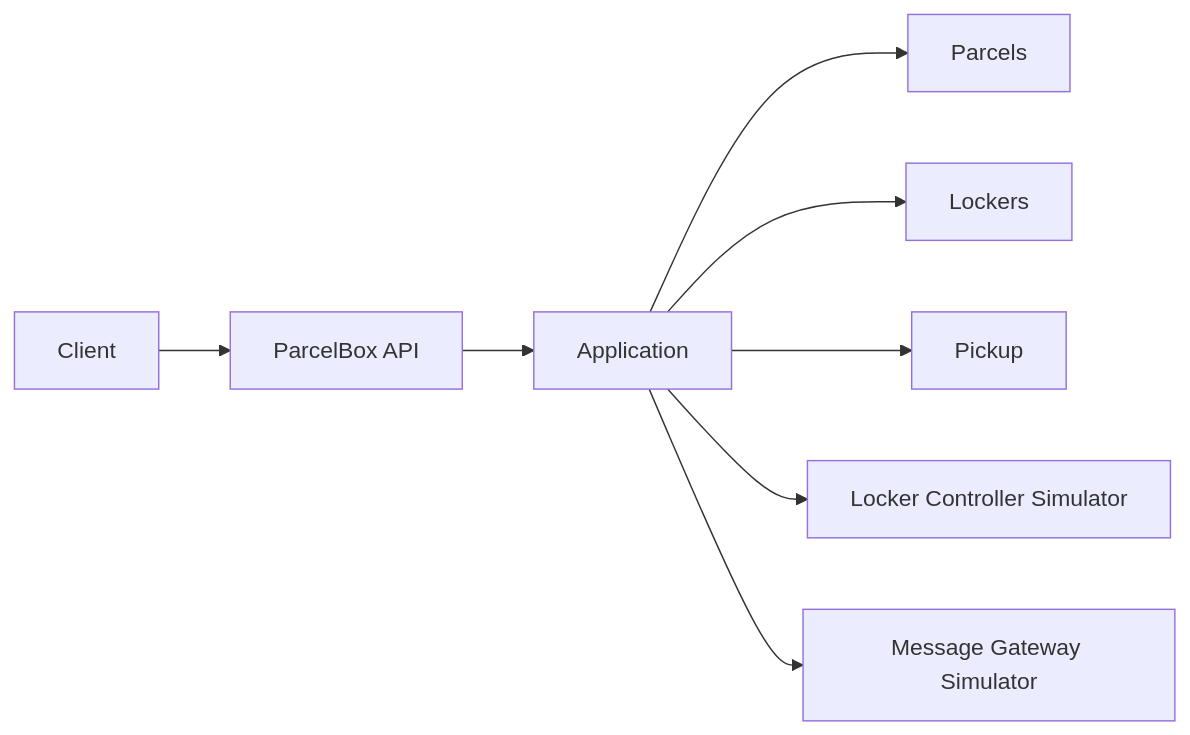
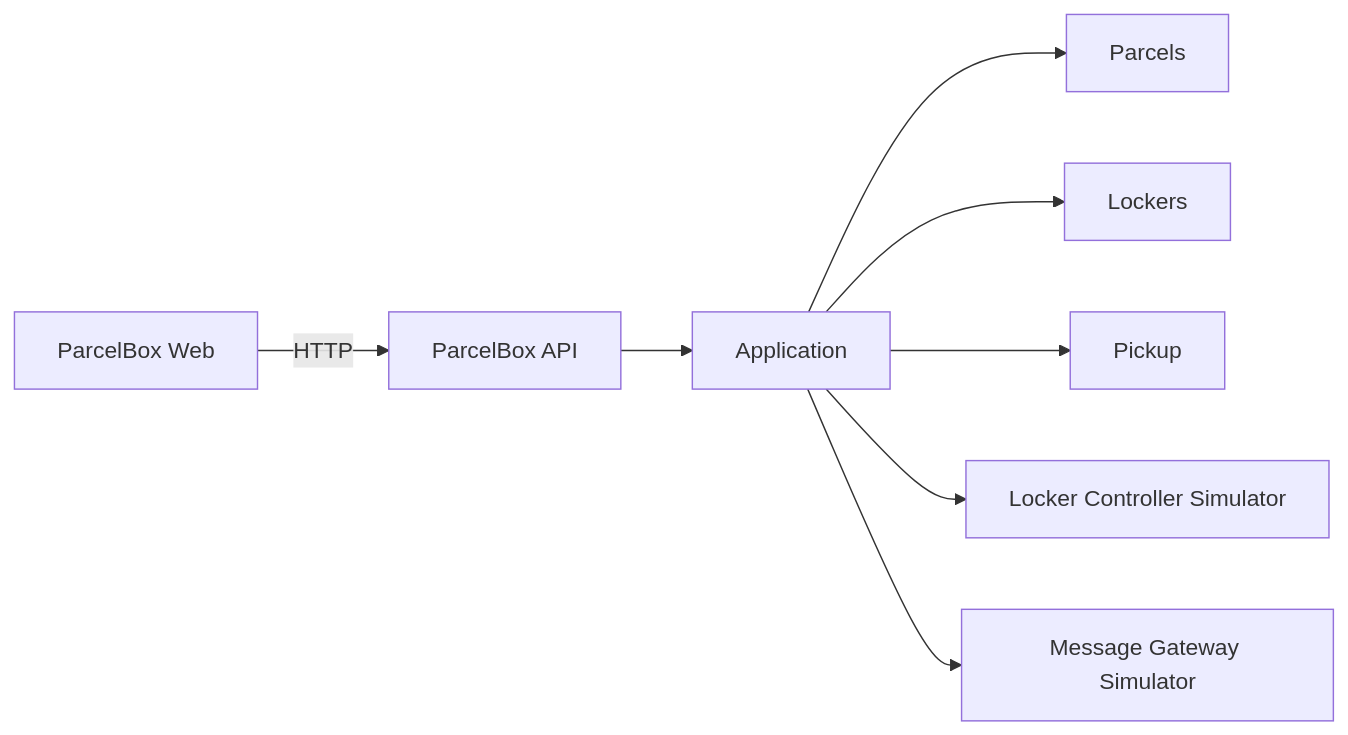
Before and after one commit to owlCoder/reference-parcelbox: the diagram in README.md, drawn with Mermaid. The commit also changed other lines of this file, not shown here.

Commit message:
docs: document the demo web application

````diff
--- a/README.md
+++ b/README.md
@@ -10,10 +10,10 @@
 ```mermaid
 flowchart LR
-    Client --> API[ParcelBox API]
+    Web[ParcelBox Web] -->|HTTP| API[ParcelBox API]
     API --> Application
     Application --> Parcels
     Application --> Lockers
     Application --> Pickup
     Application --> Locker[Locker Controller Simulator]
     Application --> Message[Message Gateway Simulator]
 ```
````
